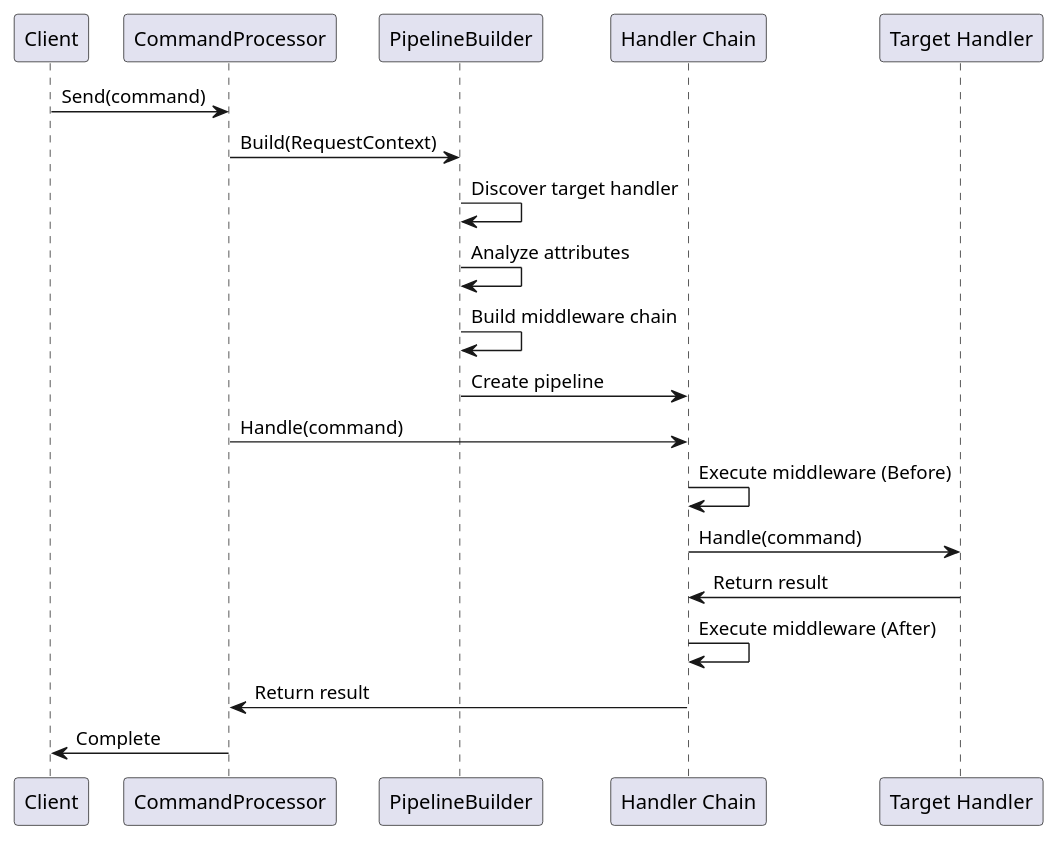
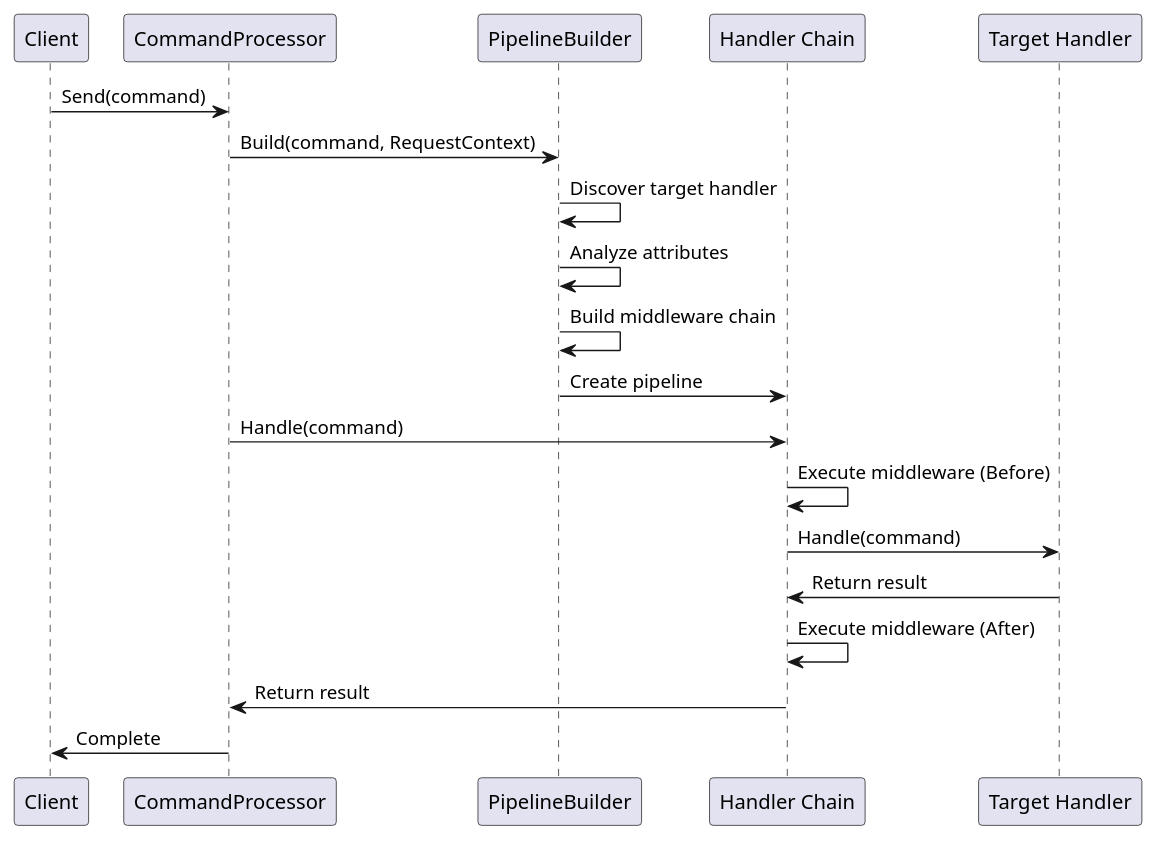
One commit to BrighterCommand/Brighter changed the second of 11 diagrams in docs/guides/paramore_brighter_core_guide.md. Above: the diagram before and after it, drawn with PlantUML. The commit also changed other lines of this file and 1 other file, not shown here.

````diff
--- a/docs/guides/paramore_brighter_core_guide.md
+++ b/docs/guides/paramore_brighter_core_guide.md
@@ -106,23 +106,23 @@
 ```plantuml
 @startuml
 participant Client
 participant CommandProcessor as CP
 participant PipelineBuilder as PB
 participant "Handler Chain" as HC
 participant "Target Handler" as TH
 
 Client -> CP: Send(command)
-CP -> PB: Build(RequestContext)
+CP -> PB: Build(command, RequestContext)
 PB -> PB: Discover target handler
 PB -> PB: Analyze attributes
 PB -> PB: Build middleware chain
 PB -> HC: Create pipeline
 CP -> HC: Handle(command)
 HC -> HC: Execute middleware (Before)
 HC -> TH: Handle(command)
 TH -> HC: Return result
 HC -> HC: Execute middleware (After)
 HC -> CP: Return result
 CP -> Client: Complete
 @enduml
 ```
````
